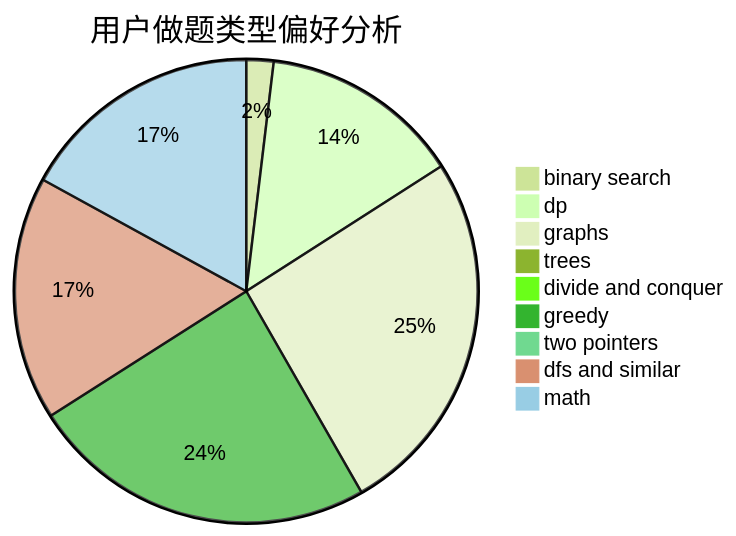
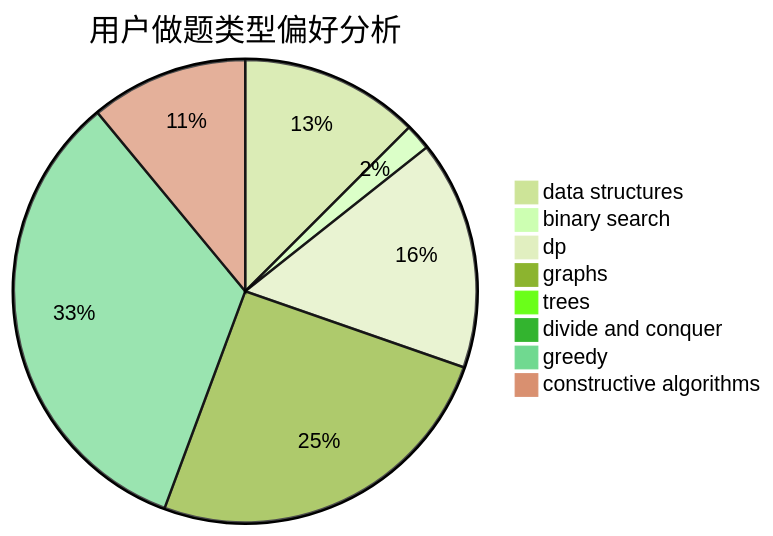
The second of 3 diagrams in docs/user/u2093.md (sherpahu/cfrs.github.io), drawn with Mermaid (forest theme) before and after one commit. The commit also changed other lines of this file and 2775 other files, not shown here.

````diff
--- a/docs/user/u2093.md
+++ b/docs/user/u2093.md
@@ -23,12 +23,11 @@
 ```mermaid
 pie title 用户做题类型偏好分析
-    "binary search" :  21
-    "dp" :  155
-    "graphs" :  285
-    "trees" :  8
+    "data structures" :  75
+    "binary search" :  11
+    "dp" :  96
+    "graphs" :  152
+    "trees" :  0
     "divide and conquer" :  0
-    "greedy" :  268
-    "two pointers" :  8
-    "dfs and similar" :  188
-    "math" :  188
+    "greedy" :  200
+    "constructive algorithms" :  66
 ```
````
